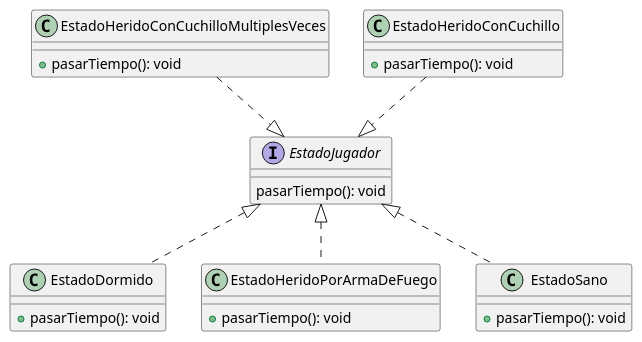
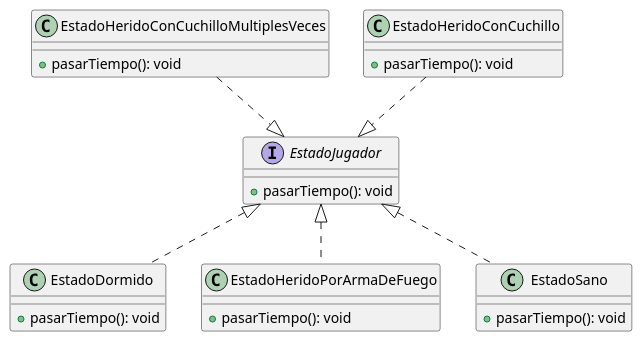
One commit to alexguttlein/TP2-CarmenSandiego changed the diagram in diagrams/classes/Entrega1/classEstadoJugador.puml. Above: the diagram before and after it, drawn with PlantUML. The commit also changed 35 other files, not shown here.

Commit message:
Se agregan diagramas de clase. Se modifica constructor de Tiempo. Se ajustan detalles en Ubicaciones

```diff
--- a/diagrams/classes/Entrega1/classEstadoJugador.puml
+++ b/diagrams/classes/Entrega1/classEstadoJugador.puml
@@ -1,27 +1,27 @@
 @startuml
 
 interface EstadoJugador{
-    pasarTiempo(): void
+    +pasarTiempo(): void
 }
 class EstadoDormido{
     +pasarTiempo(): void
 }
 class EstadoHeridoConCuchillo{
     +pasarTiempo(): void
 }
 class EstadoHeridoConCuchilloMultiplesVeces{
     +pasarTiempo(): void
 }
 class EstadoHeridoPorArmaDeFuego{
     +pasarTiempo(): void
 }
 class EstadoSano{
     +pasarTiempo(): void
 }
 EstadoJugador <|.. EstadoDormido
 EstadoJugador <|.up. EstadoHeridoConCuchillo
 EstadoJugador <|.up. EstadoHeridoConCuchilloMultiplesVeces
 EstadoJugador <|.. EstadoHeridoPorArmaDeFuego
 EstadoJugador <|.. EstadoSano
 
 @enduml
```
